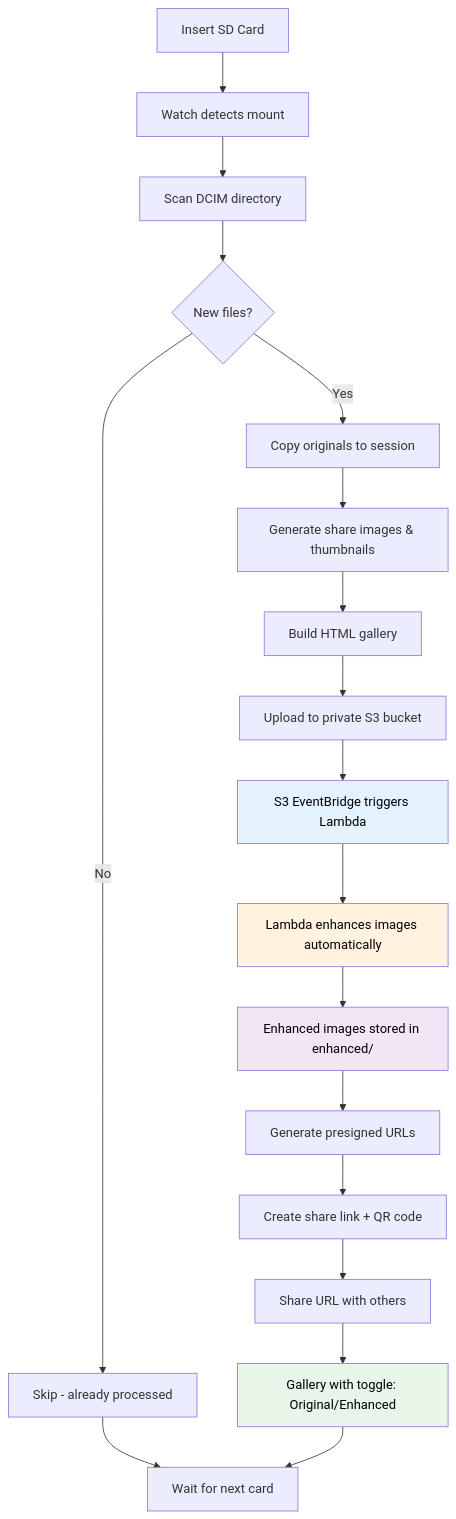
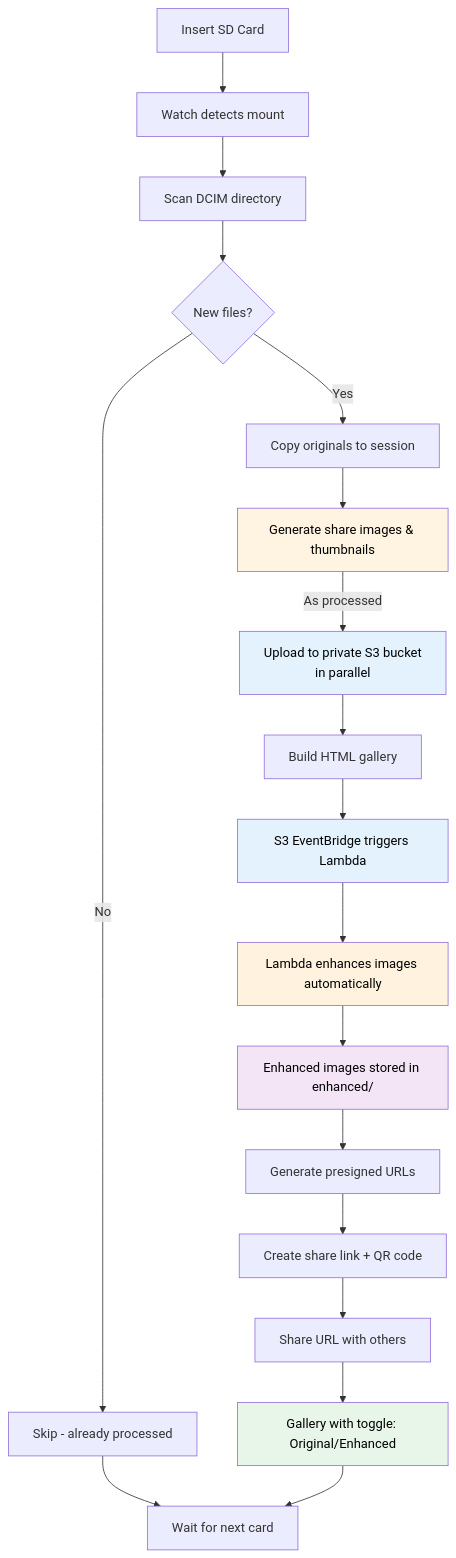
Before and after one commit to samjhill/ghostroll: the second of 2 diagrams in README.md, drawn with Mermaid. The commit also changed other lines of this file and 2 other files, not shown here.

Commit message:
docs: update documentation for parallel processing feature
- Update README.md flowchart to show parallel processing+uploading
- Update how-it-works-high-level.md with detailed parallel flow
- Add implemented optimizations section to PERFORMANCE_OPTIMIZATIONS.md
- Document 30-50% performance improvement on Raspberry Pi

````diff
--- a/README.md
+++ b/README.md
@@ -26,24 +27,26 @@
 ```mermaid
 flowchart TD
     A[Insert SD Card] --> B[Watch detects mount]
     B --> C[Scan DCIM directory]
     C --> D{New files?}
     D -->|No| E[Skip - already processed]
     D -->|Yes| F[Copy originals to session]
     F --> G[Generate share images & thumbnails]
-    G --> H[Build HTML gallery]
-    H --> I[Upload to private S3 bucket]
-    I --> J[S3 EventBridge triggers Lambda]
+    G -->|As processed| I[Upload to private S3 bucket<br/>in parallel]
+    I --> H[Build HTML gallery]
+    H --> J[S3 EventBridge triggers Lambda]
     J --> K[Lambda enhances images automatically]
     K --> L[Enhanced images stored in enhanced/]
     L --> M[Generate presigned URLs]
     M --> N[Create share link + QR code]
     N --> O[Share URL with others]
     O --> P[Gallery with toggle: Original/Enhanced]
     E --> Q[Wait for next card]
     P --> Q
+    style G fill:#fff4e1,color:#000
+    style I fill:#e3f2fd,color:#000
     style J fill:#e3f2fd,color:#000
     style K fill:#fff3e0,color:#000
     style L fill:#f3e5f5,color:#000
     style P fill:#e8f5e9,color:#000
 ```
````
